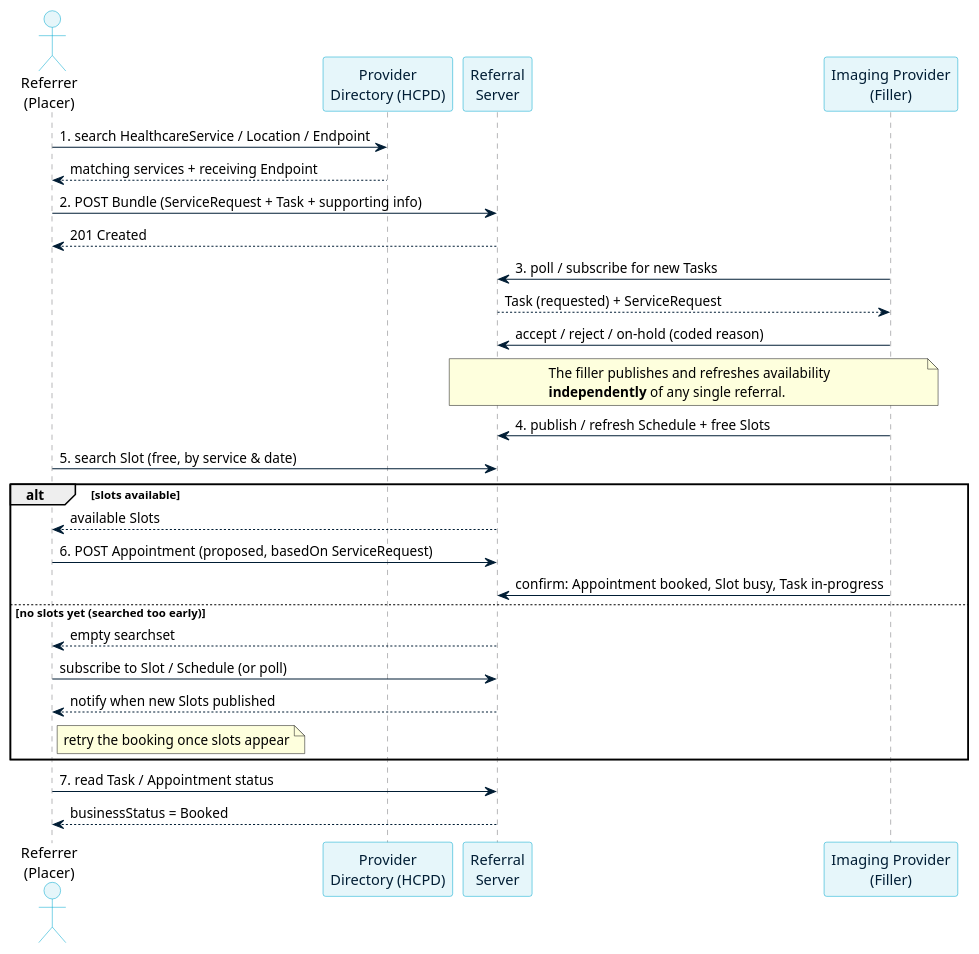
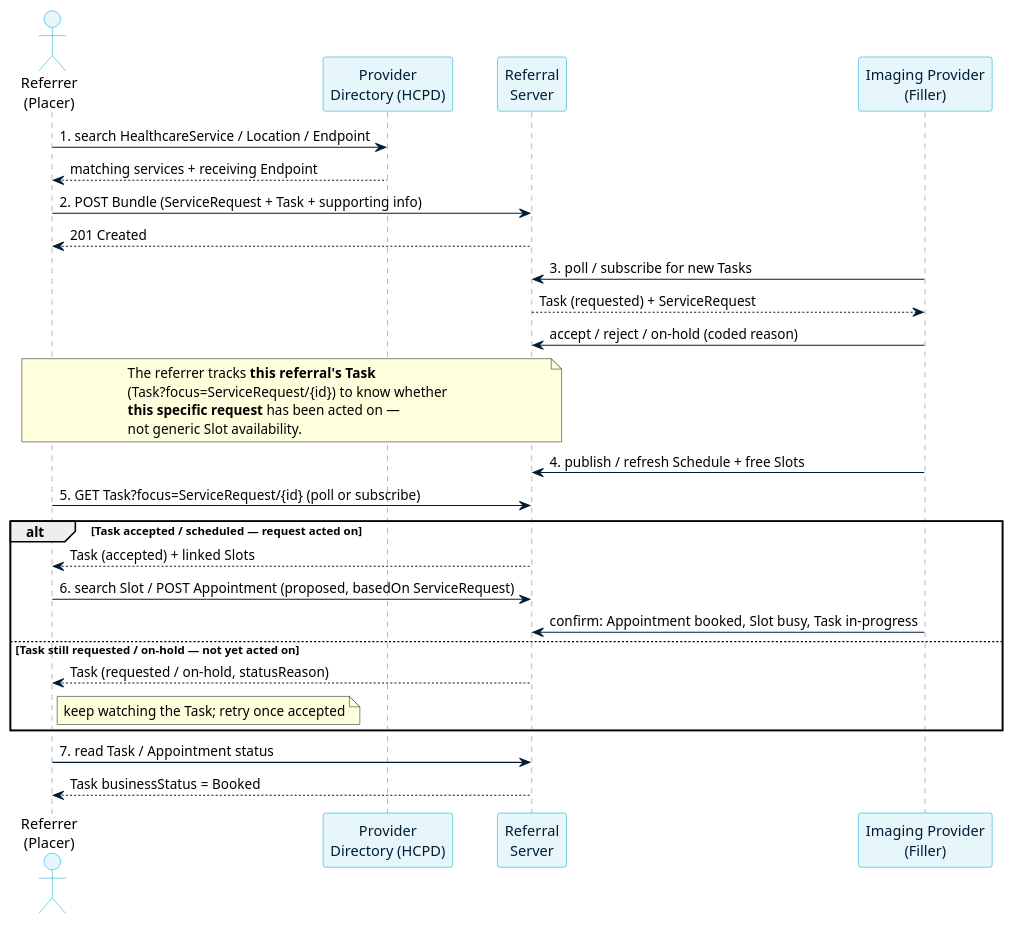
Before and after one commit to aehrc/qh-connectathon: the diagram in 2026-10-29/1-FHIR-For-Services/slides/diagrams/referral-flow.puml, drawn with PlantUML. The commit also changed 2 other files, not shown here.

Commit message:
Flow diagram: track this request's Task, not generic slot availability
Monitor Task?focus=ServiceRequest/{id} to know whether this specific referral
has been acted on. alt: Task accepted/scheduled -> book; Task still
requested/on-hold -> keep watching, retry once accepted. Uses the Task as the
per-request workflow handle (AU eRequesting fulfilment pattern).

```diff
--- a/2026-10-29/1-FHIR-For-Services/slides/diagrams/referral-flow.puml
+++ b/2026-10-29/1-FHIR-For-Services/slides/diagrams/referral-flow.puml
@@ -1,52 +1,52 @@
 @startuml referral-flow
 ' Radiology referral end-to-end sequence
 skinparam backgroundColor transparent
 skinparam shadowing false
 skinparam defaultFontName Calibri
 skinparam sequence {
   ArrowColor #001D34
   LifeLineBorderColor #757579
   ParticipantBorderColor #00A9CE
   ParticipantBackgroundColor #E6F6FA
   ParticipantFontColor #001D34
   ActorBorderColor #00A9CE
   ActorBackgroundColor #E6F6FA
 }
 
 actor "Referrer\n(Placer)" as R
 participant "Provider\nDirectory (HCPD)" as D
 participant "Referral\nServer" as S
 participant "Imaging Provider\n(Filler)" as F
 
 R -> D : 1. search HealthcareService / Location / Endpoint
 D --> R : matching services + receiving Endpoint
 
 R -> S : 2. POST Bundle (ServiceRequest + Task + supporting info)
 S --> R : 201 Created
 
 F -> S : 3. poll / subscribe for new Tasks
 S --> F : Task (requested) + ServiceRequest
 F -> S : accept / reject / on-hold (coded reason)
 
-note over F, S
-  The filler publishes and refreshes availability
-  **independently** of any single referral.
+note over R, S
+  The referrer tracks **this referral's Task**
+  (Task?focus=ServiceRequest/{id}) to know whether
+  **this specific request** has been acted on —
+  not generic Slot availability.
 end note
 F -> S : 4. publish / refresh Schedule + free Slots
 
-R -> S : 5. search Slot (free, by service & date)
-alt slots available
-  S --> R : available Slots
-  R -> S : 6. POST Appointment (proposed, basedOn ServiceRequest)
+R -> S : 5. GET Task?focus=ServiceRequest/{id} (poll or subscribe)
+alt Task accepted / scheduled — request acted on
+  S --> R : Task (accepted) + linked Slots
+  R -> S : 6. search Slot / POST Appointment (proposed, basedOn ServiceRequest)
   F -> S : confirm: Appointment booked, Slot busy, Task in-progress
-else no slots yet (searched too early)
-  S --> R : empty searchset
-  R -> S : subscribe to Slot / Schedule (or poll)
-  S --> R : notify when new Slots published
-  note right of R : retry the booking once slots appear
+else Task still requested / on-hold — not yet acted on
+  S --> R : Task (requested / on-hold, statusReason)
+  note right of R : keep watching the Task; retry once accepted
 end
 
 R -> S : 7. read Task / Appointment status
-S --> R : businessStatus = Booked
+S --> R : Task businessStatus = Booked
 
 @enduml
```
